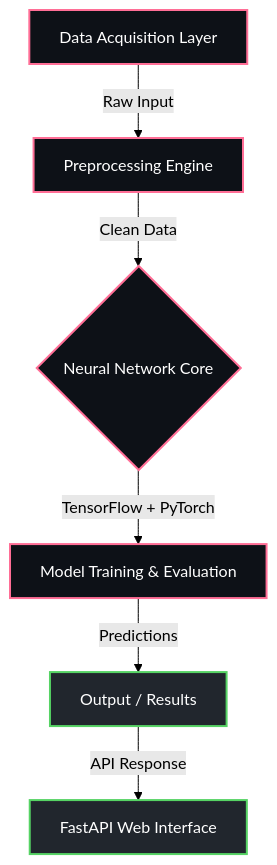
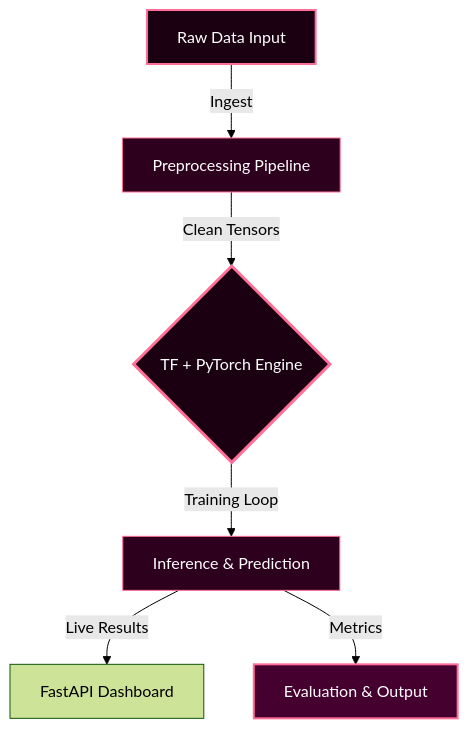
The diagram in README.md (Nytrynox/High-Dimensional-Data-Clustering-Framework-on-Cloud-with-Deep-AI), drawn with Mermaid (forest theme) before and after one commit. The commit also changed other lines of this file, not shown here.

````diff
--- a/README.md
+++ b/README.md
@@ -31,15 +36,14 @@
 ```mermaid
 graph TD;
-    A["Data Acquisition Layer"] -->|Raw Input| B["Preprocessing Engine"];
-    B -->|Clean Data| D{"Neural Network Core"};
-    D -->|TensorFlow + PyTorch| E["Model Training & Evaluation"];
-    E -->|Predictions| F["Output / Results"];
-    F -->|API Response| G["FastAPI Web Interface"];
+    A["Raw Data Input"] -->|"Ingest"| B["Preprocessing Pipeline"];
+    B -->|"Clean Tensors"| D{"TF + PyTorch Engine"};
+    D -->|"Training Loop"| E["Inference & Prediction"];
+    E -->|"Live Results"| W["FastAPI Dashboard"];
+    E -->|"Metrics"| F["Evaluation & Output"];
 
-    classDef ml fill:#0d1117,stroke:#ff6e96,stroke-width:2px,color:#fff;
-    classDef cv fill:#161b22,stroke:#79c0ff,stroke-width:2px,color:#fff;
-    classDef web fill:#21262d,stroke:#56d364,stroke-width:2px,color:#fff;
-    class A,B ml;
-    class D,E ml;
-    class F,G web;
+    style A fill:#1a0011,stroke:#ff6e96,stroke-width:2px,color:#fff
+    style B fill:#2d001e,stroke:#ff6e96,stroke-width:1px,color:#fff
+    style D fill:#1a0011,stroke:#ff6e96,stroke-width:3px,color:#fff
+    style E fill:#2d001e,stroke:#ff6e96,stroke-width:1px,color:#fff
+    style F fill:#45002f,stroke:#ff6e96,stroke-width:2px,color:#fff
 ```
````
